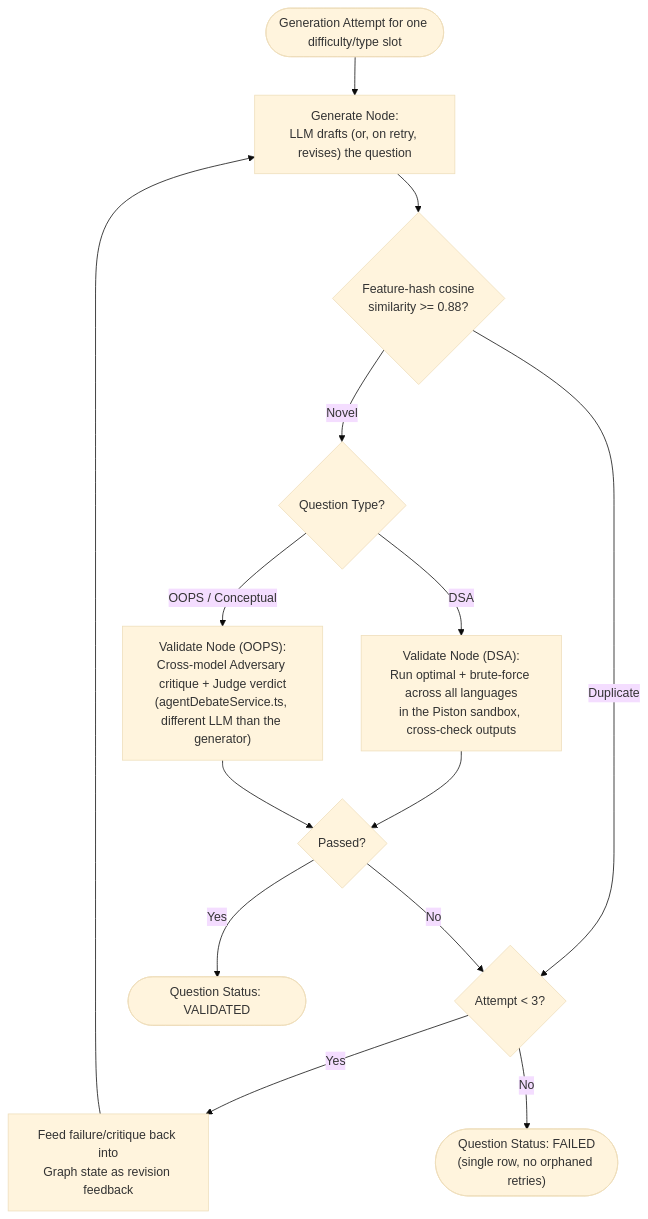
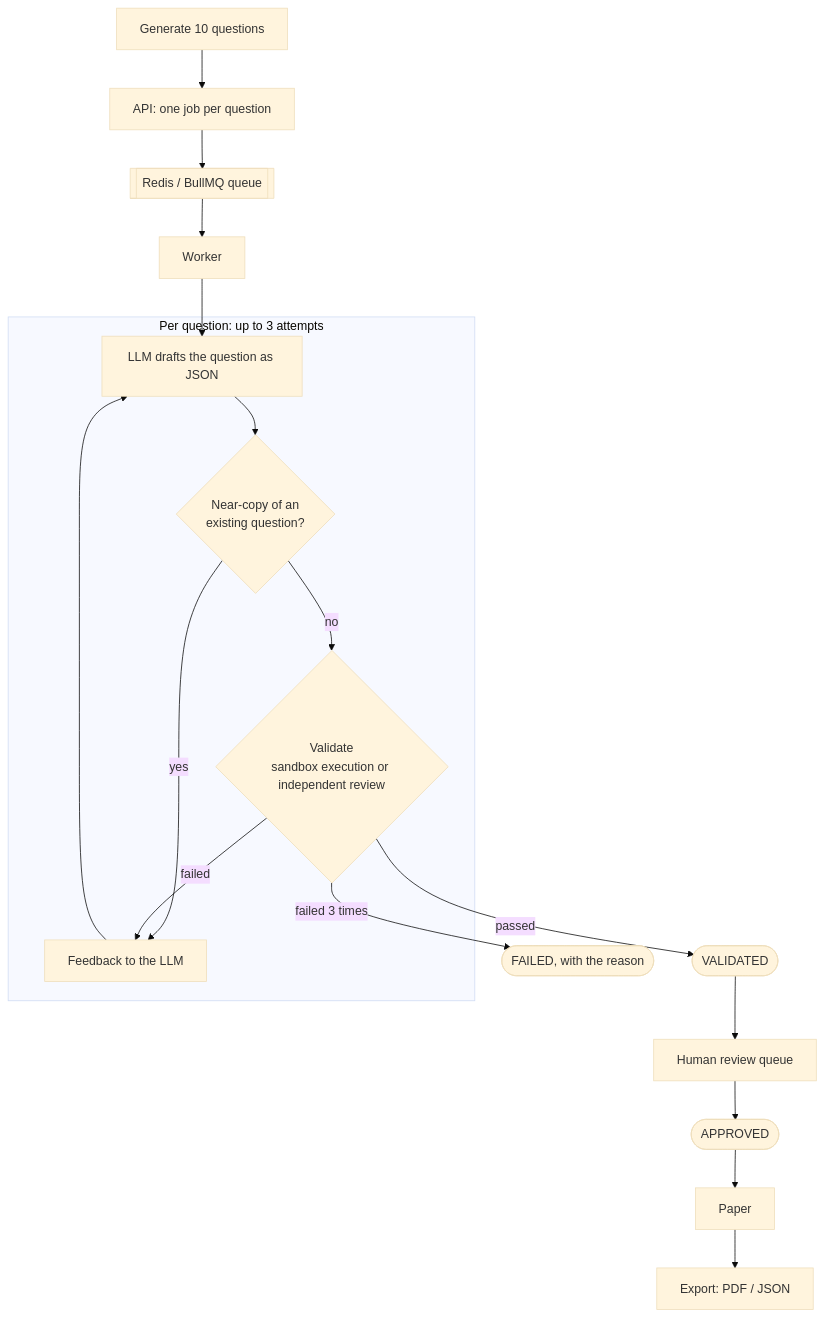
The diagram in README.md (yashsrivastava1408/QuestionForge), drawn with Mermaid (base theme) before and after one commit. The commit also changed other lines of this file and 109 other files, not shown here.

First line of the commit message:
feat: real validation engine, per-question jobs, security fixes, accounts, paper builder, analytics (#1)

````diff
--- a/README.md
+++ b/README.md
@@ -349,21 +65,20 @@
 ```mermaid
 flowchart TD
-    Start([Generation Attempt for one difficulty/type slot]) --> GenNode["Generate Node:\nLLM drafts (or, on retry, revises) the question"]
+    U["Generate 10 questions"] --> API["API: one job per question"]
+    API --> Q[["Redis / BullMQ queue"]]
+    Q --> W["Worker"]
 
-    GenNode --> DupCheck{"Feature-hash cosine\nsimilarity >= 0.88?"}
-    DupCheck -- "Duplicate" --> RetryCheck
-    DupCheck -- "Novel" --> TypeSplit{"Question Type?"}
+    subgraph Loop ["Per question: up to 3 attempts"]
+        G["LLM drafts the question as JSON"] --> D{"Near-copy of an\nexisting question?"}
+        D -- yes --> FB["Feedback to the LLM"]
+        D -- no --> V{"Validate\nsandbox execution or independent review"}
+        V -- failed --> FB
+        FB --> G
+    end
 
-    TypeSplit -- "DSA" --> Sandbox["Validate Node (DSA):\nRun optimal + brute-force across all languages\nin the Piston sandbox, cross-check outputs"]
-    TypeSplit -- "OOPS / Conceptual" --> Debate["Validate Node (OOPS):\nCross-model Adversary critique + Judge verdict\n(agentDebateService.ts, different LLM than the generator)"]
-
-    Sandbox --> Passed{"Passed?"}
-    Debate --> Passed
-
-    Passed -- "No" --> RetryCheck{"Attempt < 3?"}
-    RetryCheck -- Yes --> FeedbackGen["Feed failure/critique back into\nGraph state as revision feedback"]
-    FeedbackGen --> GenNode
-
-    RetryCheck -- No --> FailState(["Question Status: FAILED\n(single row, no orphaned retries)"])
-    Passed -- "Yes" --> SuccessState(["Question Status: VALIDATED"])
+    W --> G
+    V -- passed --> OK(["VALIDATED"])
+    V -- "failed 3 times" --> F(["FAILED, with the reason"])
+    OK --> R["Human review queue"]
+    R --> A(["APPROVED"]) --> P["Paper"] --> E["Export: PDF / JSON"]
 ```
````
